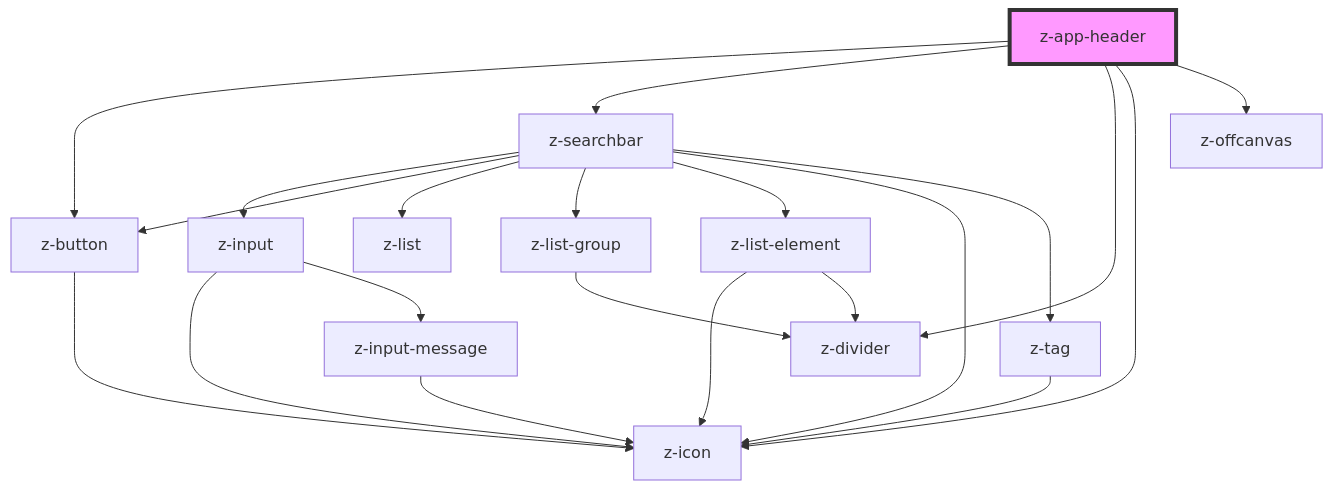
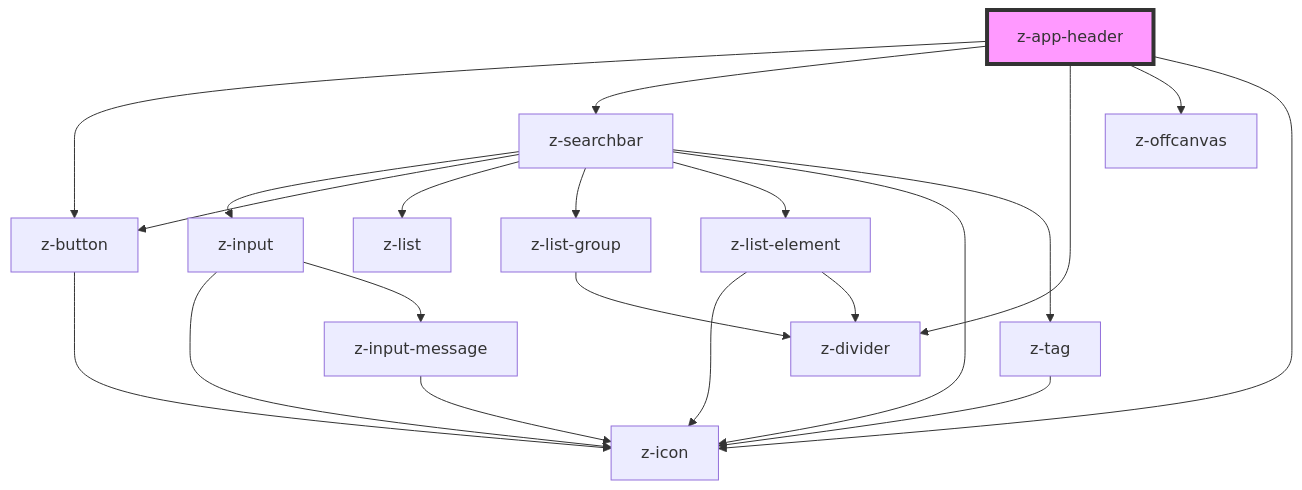
The diagram in src/components/navigation/z-app-header/readme.md (ZanichelliEditore/design-system), drawn with Mermaid before and after one commit. The commit also changed other lines of this file and 3 other files, not shown here.

````diff
--- a/src/components/navigation/z-app-header/readme.md
+++ b/src/components/navigation/z-app-header/readme.md
@@ -49,24 +48,24 @@
 ```mermaid
 graph TD;
   z-app-header --> z-button
   z-app-header --> z-searchbar
   z-app-header --> z-divider
+  z-app-header --> z-offcanvas
   z-app-header --> z-icon
-  z-app-header --> z-offcanvas
   z-button --> z-icon
   z-searchbar --> z-input
   z-searchbar --> z-button
   z-searchbar --> z-list
   z-searchbar --> z-list-group
   z-searchbar --> z-list-element
   z-searchbar --> z-icon
   z-searchbar --> z-tag
   z-input --> z-icon
   z-input --> z-input-message
   z-input-message --> z-icon
   z-list-group --> z-divider
   z-list-element --> z-icon
   z-list-element --> z-divider
   z-tag --> z-icon
   style z-app-header fill:#f9f,stroke:#333,stroke-width:4px
 ```
````
